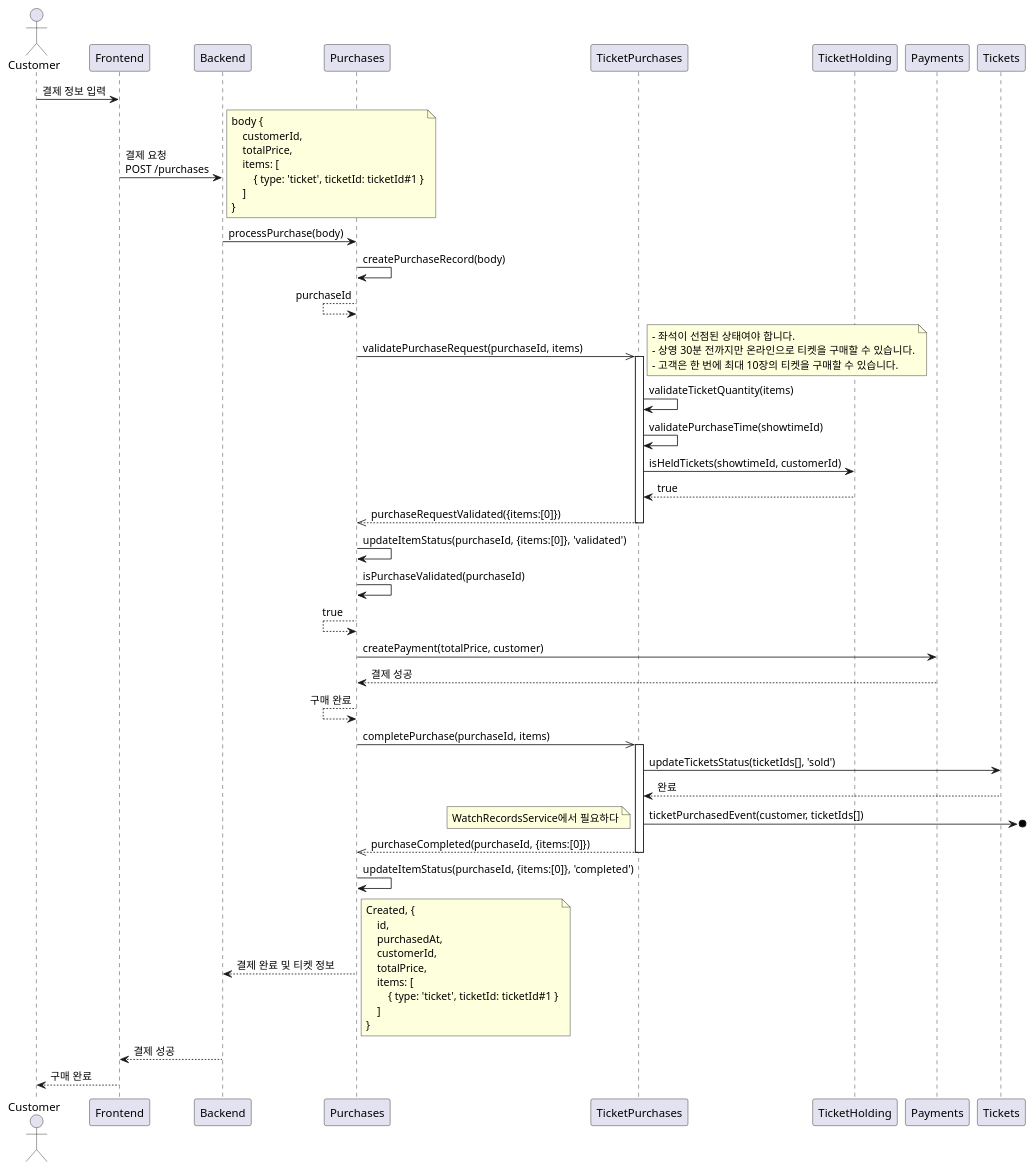
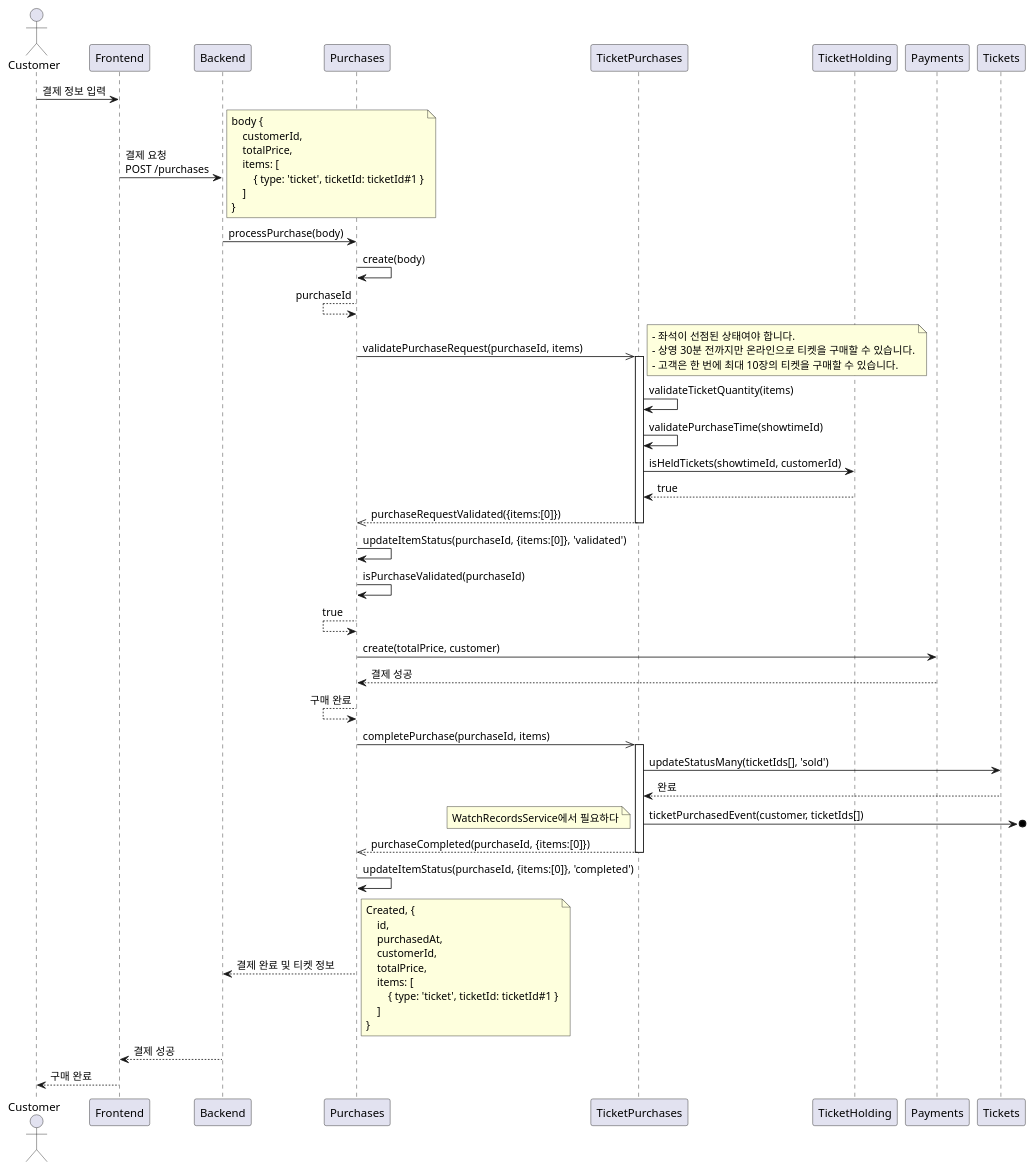
One commit to mannercode/nest-seed changed the third of 4 diagrams in docs/en/designs/tickets-purchase.md. Above: the diagram before and after it, drawn with PlantUML. The commit also changed other lines of this file and 67 other files, not shown here.

````diff
--- a/docs/en/designs/tickets-purchase.md
+++ b/docs/en/designs/tickets-purchase.md
@@ -181,64 +181,64 @@
 ```plantuml
 @startuml
 actor Customer
 
 Customer -> Frontend: 결제 정보 입력
     Frontend -> Backend: 결제 요청\nPOST /purchases
     note right
         body {
             customerId,
             totalPrice,
             items: [
                 { type: 'ticket', ticketId: ticketId#1 }
             ]
         }
     end note
         Backend -> Purchases: processPurchase(body)
-            Purchases -> Purchases: createPurchaseRecord(body)
+            Purchases -> Purchases: create(body)
             Purchases <-- Purchases: purchaseId
             Purchases ->> TicketPurchases: validatePurchaseRequest(purchaseId, items)
             activate TicketPurchases
             note right
                 - 좌석이 선점된 상태여야 합니다.
                 - 상영 30분 전까지만 온라인으로 티켓을 구매할 수 있습니다.
                 - 고객은 한 번에 최대 10장의 티켓을 구매할 수 있습니다.
             end note
             TicketPurchases -> TicketPurchases: validateTicketQuantity(items)
             TicketPurchases -> TicketPurchases: validatePurchaseTime(showtimeId)
             TicketPurchases -> TicketHolding: isHeldTickets(showtimeId, customerId)
             TicketPurchases <-- TicketHolding: true
             Purchases <<-- TicketPurchases: purchaseRequestValidated({items:[0]})
             deactivate TicketPurchases
             Purchases -> Purchases: updateItemStatus(purchaseId, {items:[0]}, 'validated')
             Purchases -> Purchases: isPurchaseValidated(purchaseId)
             Purchases <-- Purchases: true
-            Purchases -> Payments: createPayment(totalPrice, customer)
+            Purchases -> Payments: create(totalPrice, customer)
             Purchases <-- Payments: 결제 성공
             Purchases <-- Purchases: 구매 완료
             Purchases ->> TicketPurchases: completePurchase(purchaseId, items)
             activate TicketPurchases
-                TicketPurchases -> Tickets: updateTicketsStatus(ticketIds[], 'sold')
+                TicketPurchases -> Tickets: updateStatusMany(ticketIds[], 'sold')
                 TicketPurchases <-- Tickets: 완료
                 TicketPurchases ->o]: ticketPurchasedEvent(customer, ticketIds[])
                 note left
                     WatchRecordsService에서 필요하다
                 end note
             Purchases <<-- TicketPurchases: purchaseCompleted(purchaseId, {items:[0]})
             deactivate TicketPurchases
             Purchases -> Purchases: updateItemStatus(purchaseId, {items:[0]}, 'completed')
         Backend <-- Purchases: 결제 완료 및 티켓 정보
         note right
             Created, {
                 id,
                 purchasedAt,
                 customerId,
                 totalPrice,
                 items: [
                     { type: 'ticket', ticketId: ticketId#1 }
                 ]
             }
         end note
     Frontend <-- Backend: 결제 성공
 Customer <-- Frontend: 구매 완료
 @enduml
 ```
````
